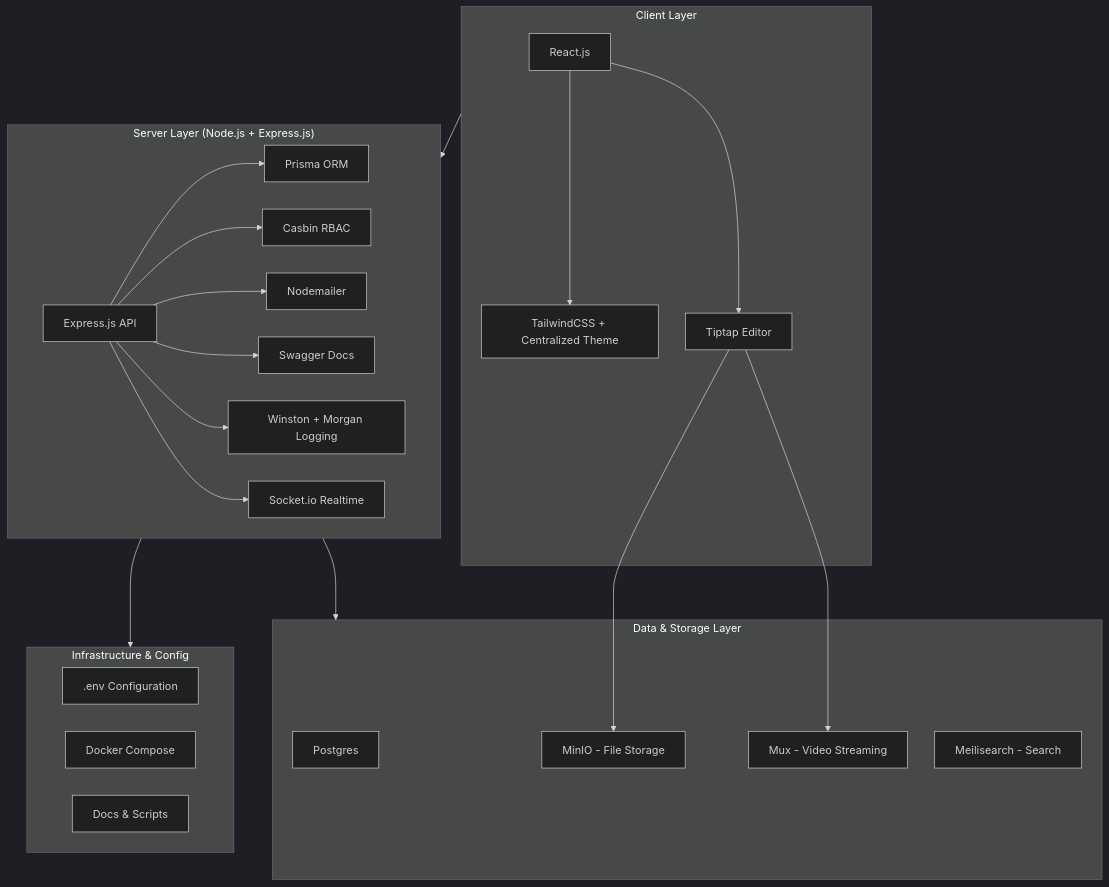
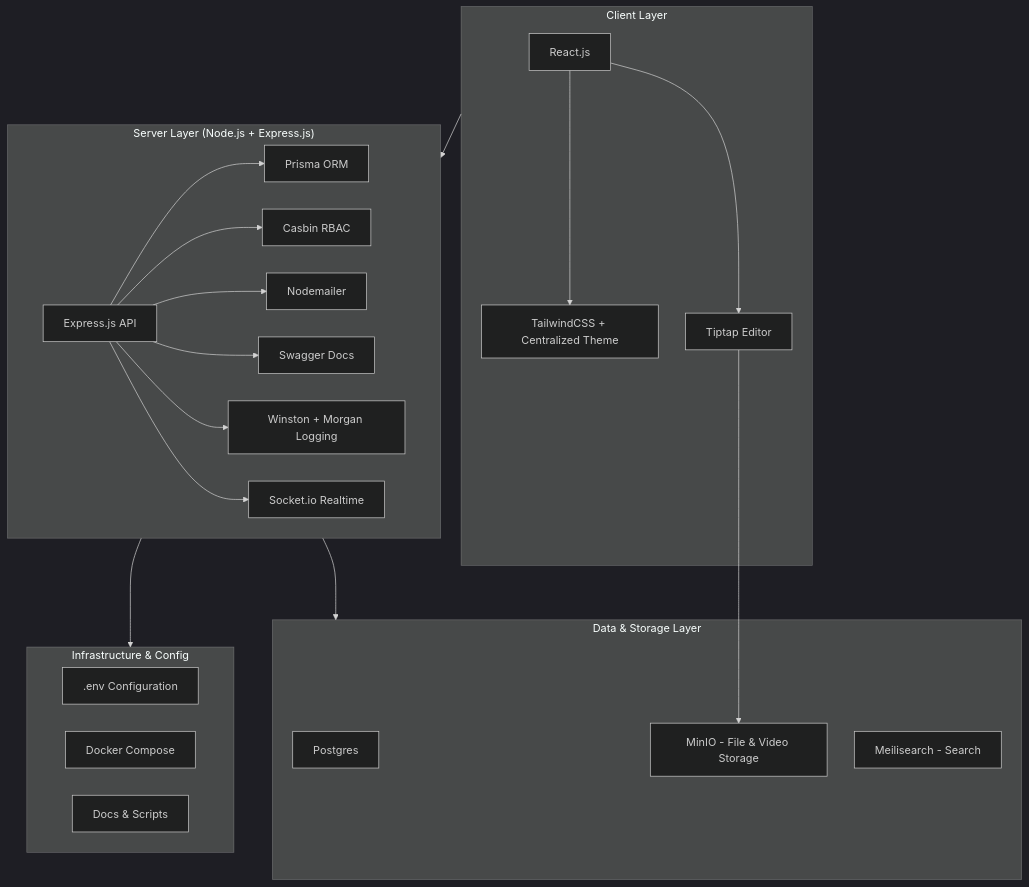
One commit to aami-dodon/Udoy changed the diagram in AGENTS.MD. Above: the diagram before and after it, drawn with Mermaid. The commit also changed other lines of this file, not shown here.

````diff
--- a/AGENTS.MD
+++ b/AGENTS.MD
@@ -131,46 +127,44 @@
 ```mermaid
 %%{init: {'theme':'dark', 'flowchart': { 'nodeSpacing': 40, 'rankSpacing': 80 }}}%%
 flowchart TB
 
     %% === Client Layer ===
     subgraph Client["Client Layer"]
         A[React.js]
         B[TailwindCSS + Centralized Theme]
         C[Tiptap Editor]
         A --> B
         A --> C
     end
 
     %% === Server Layer ===
     subgraph Server["Server Layer (Node.js + Express.js)"]
         D[Express.js API]
         D --> E[Prisma ORM]
         D --> F[Casbin RBAC]
         D --> G[Nodemailer]
         D --> H[Swagger Docs]
         D --> I[Winston + Morgan Logging]
         D --> J[Socket.io Realtime]
     end
 
     %% === Data Layer ===
     subgraph Data["Data & Storage Layer"]
         K[Postgres]
-        L[MinIO - File Storage]
-        M[Mux - Video Streaming]
+        L[MinIO - File & Video Storage]
         N[Meilisearch - Search]
     end
 
     %% === Infra Layer ===
     subgraph Infra["Infrastructure & Config"]
         O[.env Configuration]
         P[Docker Compose]
         Q[Docs & Scripts]
     end
 
     %% === Connections (Top Down) ===
     Client --> Server
     Server --> Data
     Server --> Infra
     C --> L
-    C --> M
 ```
````
